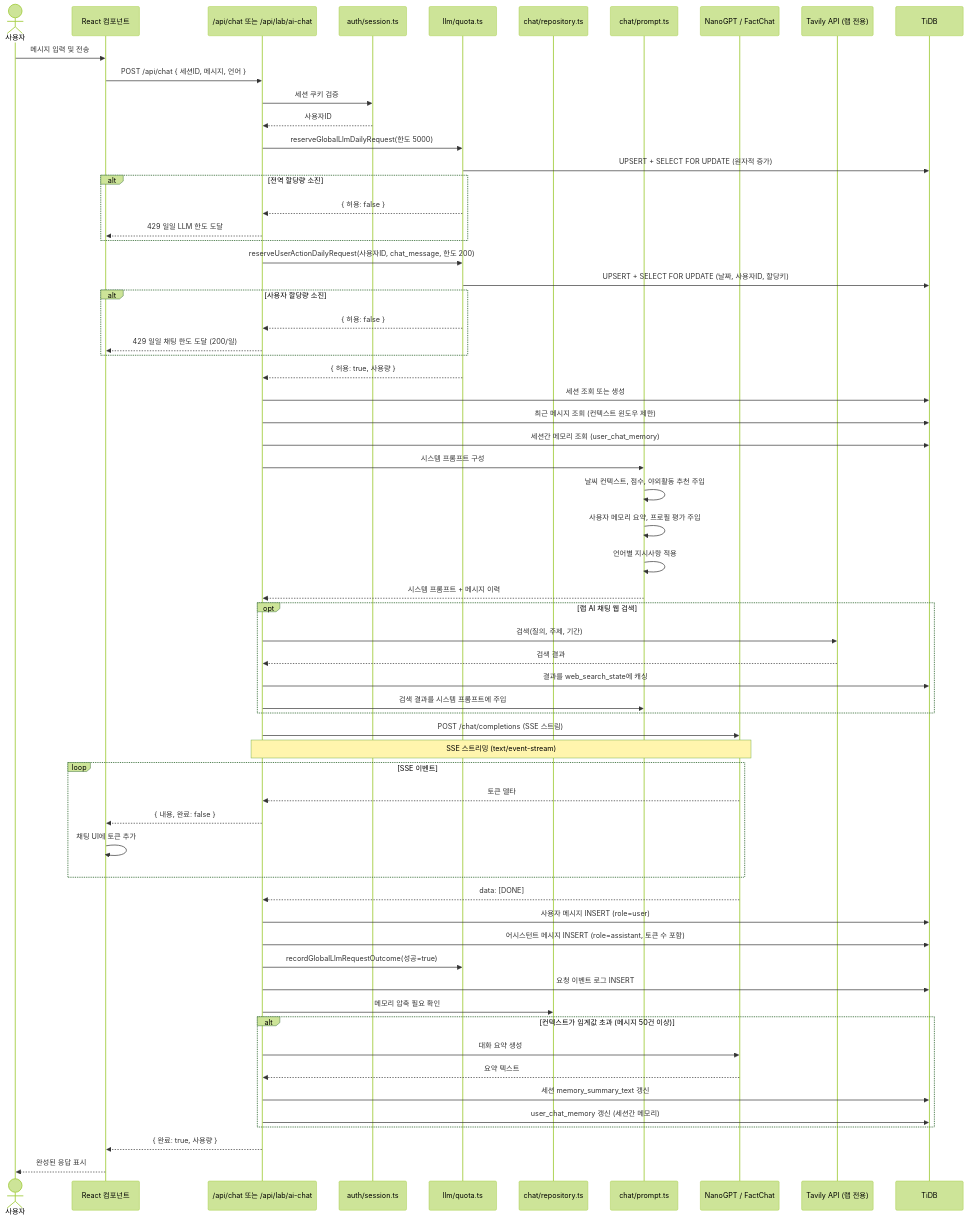
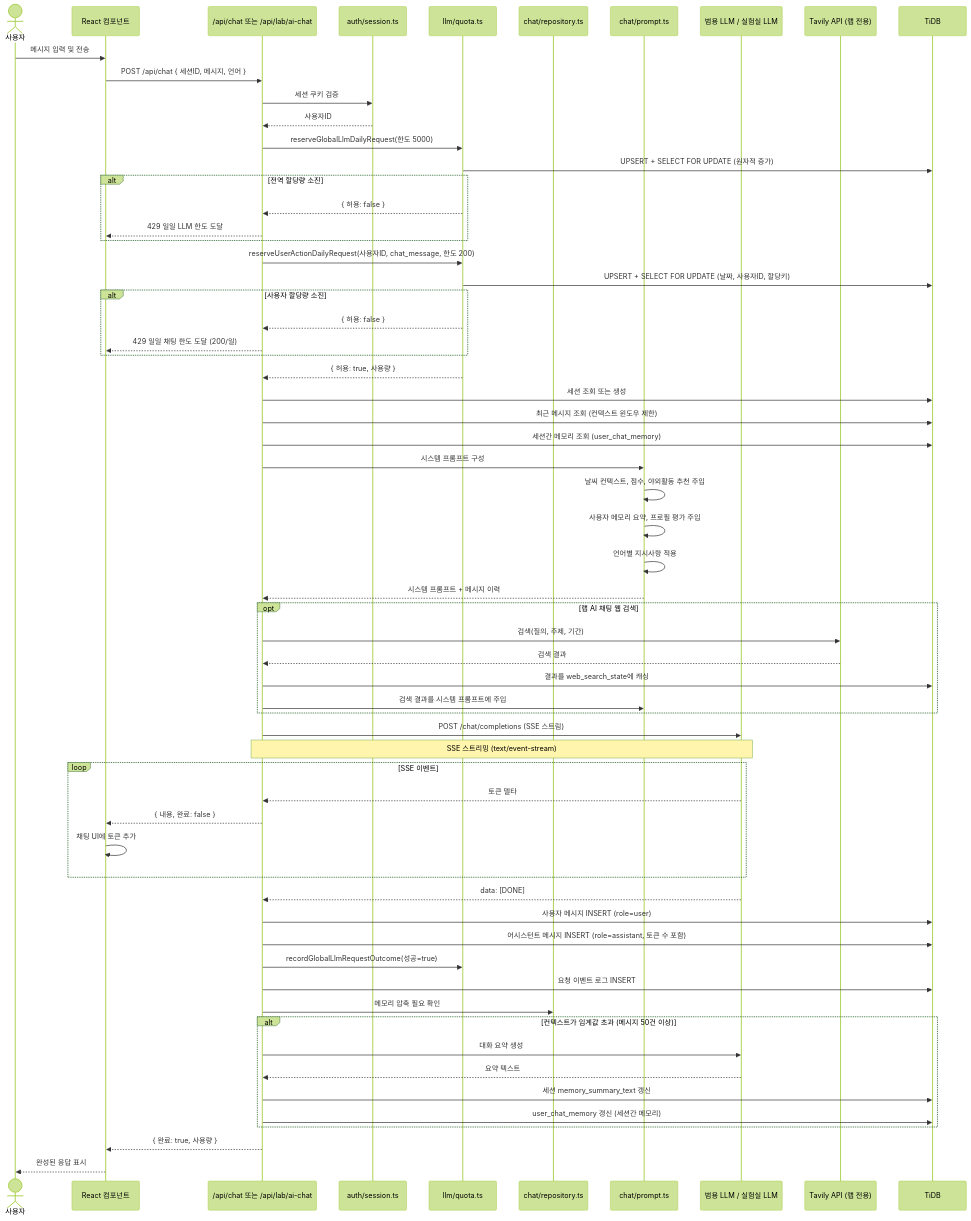
One commit to kim0040/Nadeulhae changed the sixth of 17 diagrams in docs/ARCHITECTURE_UML_KO.md. Above: the diagram before and after it, drawn with Mermaid (forest theme). The commit also changed other lines of this file and 28 other files, not shown here.

````diff
--- a/docs/ARCHITECTURE_UML_KO.md
+++ b/docs/ARCHITECTURE_UML_KO.md
@@ -719,79 +719,79 @@
 ```mermaid
 sequenceDiagram
     actor User as 사용자
     participant Client as React 컴포넌트
     participant API as /api/chat 또는 /api/lab/ai-chat
     participant Session as auth/session.ts
     participant Quota as llm/quota.ts
     participant Memory as chat/repository.ts
     participant Prompt as chat/prompt.ts
-    participant LLM as NanoGPT / FactChat
+    participant LLM as 범용 LLM / 실험실 LLM
     participant Tavily as Tavily API (랩 전용)
     participant DB as TiDB
 
     User->>Client: 메시지 입력 및 전송
     Client->>API: POST /api/chat { 세션ID, 메시지, 언어 }
 
     API->>Session: 세션 쿠키 검증
     Session-->>API: 사용자ID
 
     API->>Quota: reserveGlobalLlmDailyRequest(한도 5000)
     Quota->>DB: UPSERT + SELECT FOR UPDATE (원자적 증가)
     alt 전역 할당량 소진
         Quota-->>API: { 허용: false }
         API-->>Client: 429 일일 LLM 한도 도달
     end
 
     API->>Quota: reserveUserActionDailyRequest(사용자ID, chat_message, 한도 200)
     Quota->>DB: UPSERT + SELECT FOR UPDATE (날짜, 사용자ID, 할당키)
     alt 사용자 할당량 소진
         Quota-->>API: { 허용: false }
         API-->>Client: 429 일일 채팅 한도 도달 (200/일)
     end
 
     Quota-->>API: { 허용: true, 사용량 }
 
     API->>DB: 세션 조회 또는 생성
     API->>DB: 최근 메시지 조회 (컨텍스트 윈도우 제한)
     API->>DB: 세션간 메모리 조회 (user_chat_memory)
 
     API->>Prompt: 시스템 프롬프트 구성
     Prompt->>Prompt: 날씨 컨텍스트, 점수, 야외활동 추천 주입
     Prompt->>Prompt: 사용자 메모리 요약, 프로필 평가 주입
     Prompt->>Prompt: 언어별 지시사항 적용
     Prompt-->>API: 시스템 프롬프트 + 메시지 이력
 
     opt 랩 AI 채팅 웹 검색
         API->>Tavily: 검색(질의, 주제, 기간)
         Tavily-->>API: 검색 결과
         API->>DB: 결과를 web_search_state에 캐싱
         API->>Prompt: 검색 결과를 시스템 프롬프트에 주입
     end
 
     API->>LLM: POST /chat/completions (SSE 스트림)
     Note over API,LLM: SSE 스트리밍 (text/event-stream)
 
     loop SSE 이벤트
         LLM-->>API: 토큰 델타
         API-->>Client: { 내용, 완료: false }
         Client->>Client: 채팅 UI에 토큰 추가
     end
 
     LLM-->>API: data: [DONE]
 
     API->>DB: 사용자 메시지 INSERT (role=user)
     API->>DB: 어시스턴트 메시지 INSERT (role=assistant, 토큰 수 포함)
     API->>Quota: recordGlobalLlmRequestOutcome(성공=true)
     API->>DB: 요청 이벤트 로그 INSERT
 
     API->>Memory: 메모리 압축 필요 확인
     alt 컨텍스트가 임계값 초과 (메시지 50건 이상)
         API->>LLM: 대화 요약 생성
         LLM-->>API: 요약 텍스트
         API->>DB: 세션 memory_summary_text 갱신
         API->>DB: user_chat_memory 갱신 (세션간 메모리)
     end
 
     API-->>Client: { 완료: true, 사용량 }
     Client-->>User: 완성된 응답 표시
 ```
````
